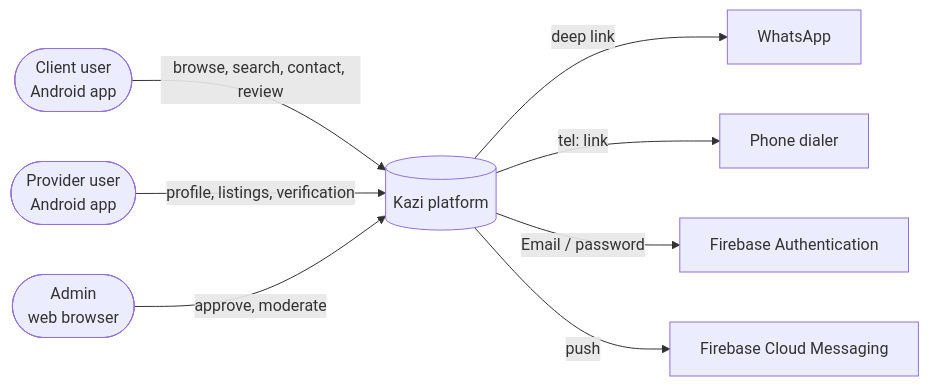
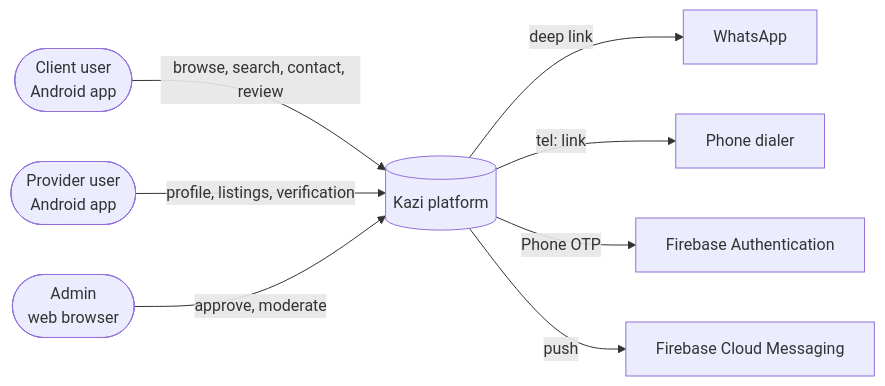
Before and after one commit to ArchipeSesanga/kazi: the first of 4 diagrams in docs/02-ADD.md, drawn with Mermaid. The commit also changed other lines of this file and 24 other files, not shown here.

First line of the commit message:
feat(auth): remove email sign-in from the Flutter app

````diff
--- a/docs/02-ADD.md
+++ b/docs/02-ADD.md
@@ -29,10 +29,10 @@
 ```mermaid
 flowchart LR
   Client([Client user\nAndroid app]) -->|browse, search, contact, review| Kazi[(Kazi platform)]
   Provider([Provider user\nAndroid app]) -->|profile, listings, verification| Kazi
   Admin([Admin\nweb browser]) -->|approve, moderate| Kazi
   Kazi -->|deep link| WhatsApp[WhatsApp]
   Kazi -->|tel: link| Phone[Phone dialer]
-  Kazi -->|Email / password| AUTH[Firebase Authentication]
+  Kazi -->|Phone OTP| AUTH[Firebase Authentication]
   Kazi -->|push| FCM[Firebase Cloud Messaging]
 ```
````
